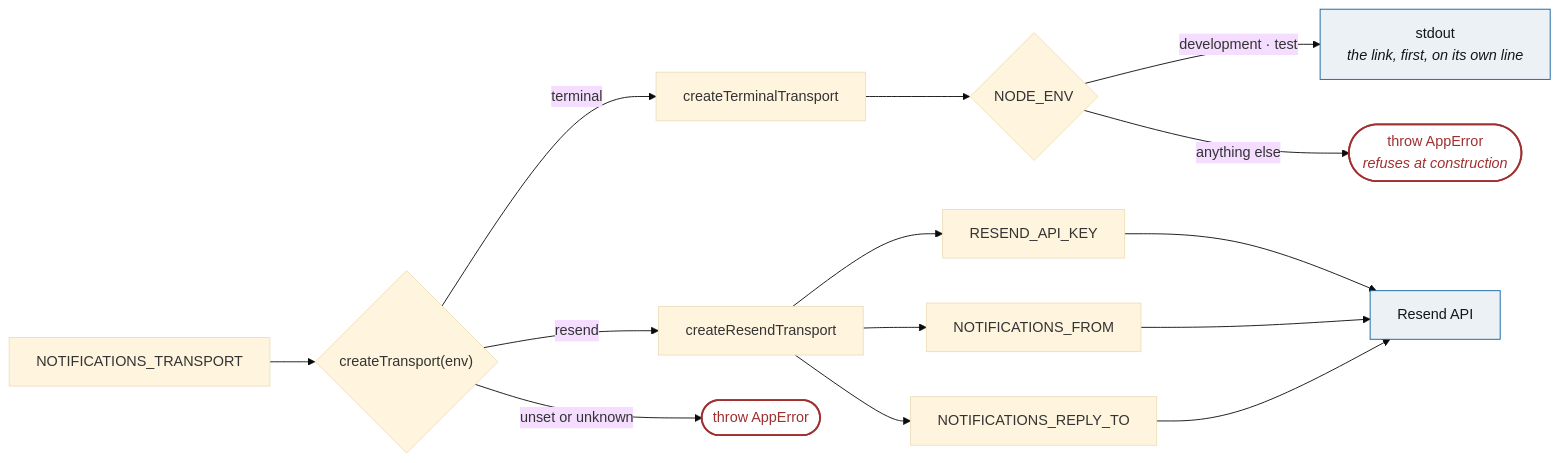
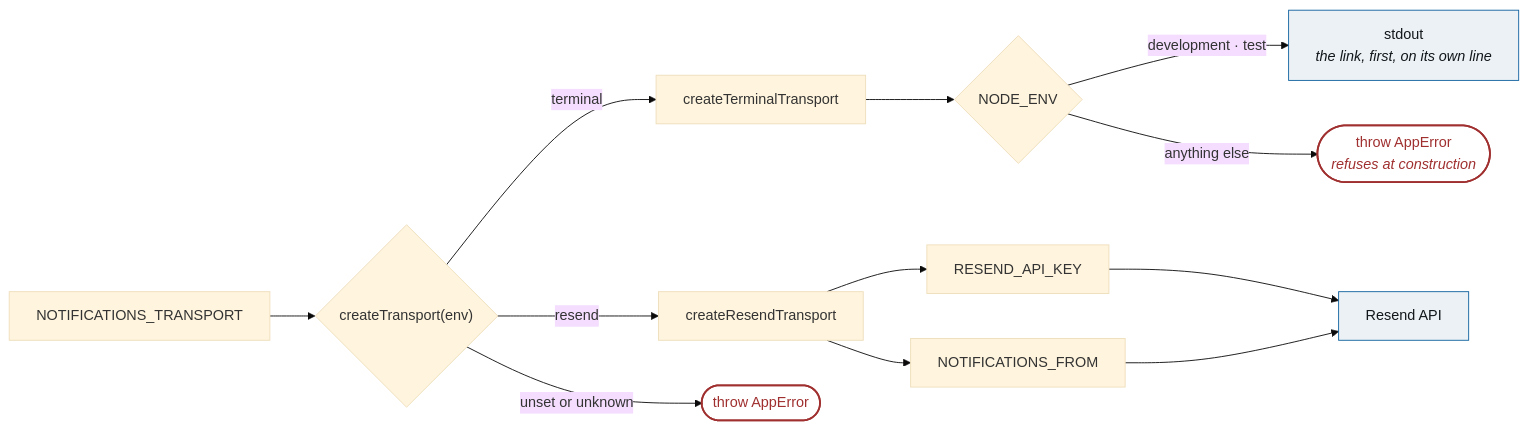
The third of 4 diagrams in packages/notifications/README.md (m0t0r/recomencemos), drawn with Mermaid (base theme) before and after one commit. The commit also changed other lines of this file and 15 other files, not shown here.

````diff
--- a/packages/notifications/README.md
+++ b/packages/notifications/README.md
@@ -107,22 +107,21 @@
 ```mermaid
 flowchart LR
     ENV["NOTIFICATIONS_TRANSPORT"] --> SEL{"createTransport(env)"}
 
     SEL -->|"terminal"| T1["createTerminalTransport"]
     SEL -->|"resend"| T2["createResendTransport"]
     SEL -->|"unset or unknown"| X(["throw AppError"])
 
     T1 --> G{"NODE_ENV"}
     G -->|"development · test"| OK1["stdout<br/><i>the link, first, on its own line</i>"]
     G -->|"anything else"| X2(["throw AppError<br/><i>refuses at construction</i>"])
 
     T2 --> N1["RESEND_API_KEY"]
     T2 --> N2["NOTIFICATIONS_FROM"]
-    T2 --> N3["NOTIFICATIONS_REPLY_TO"]
-    N1 & N2 & N3 --> OK2["Resend API"]
+    N1 & N2 --> OK2["Resend API"]
 
     classDef bad fill:#fff,stroke:#a03030,color:#a03030,stroke-width:2px
     classDef good fill:#ecf1f5,stroke:#10619e,color:#12171b
     class X,X2 bad
     class OK1,OK2 good
 ```
````
